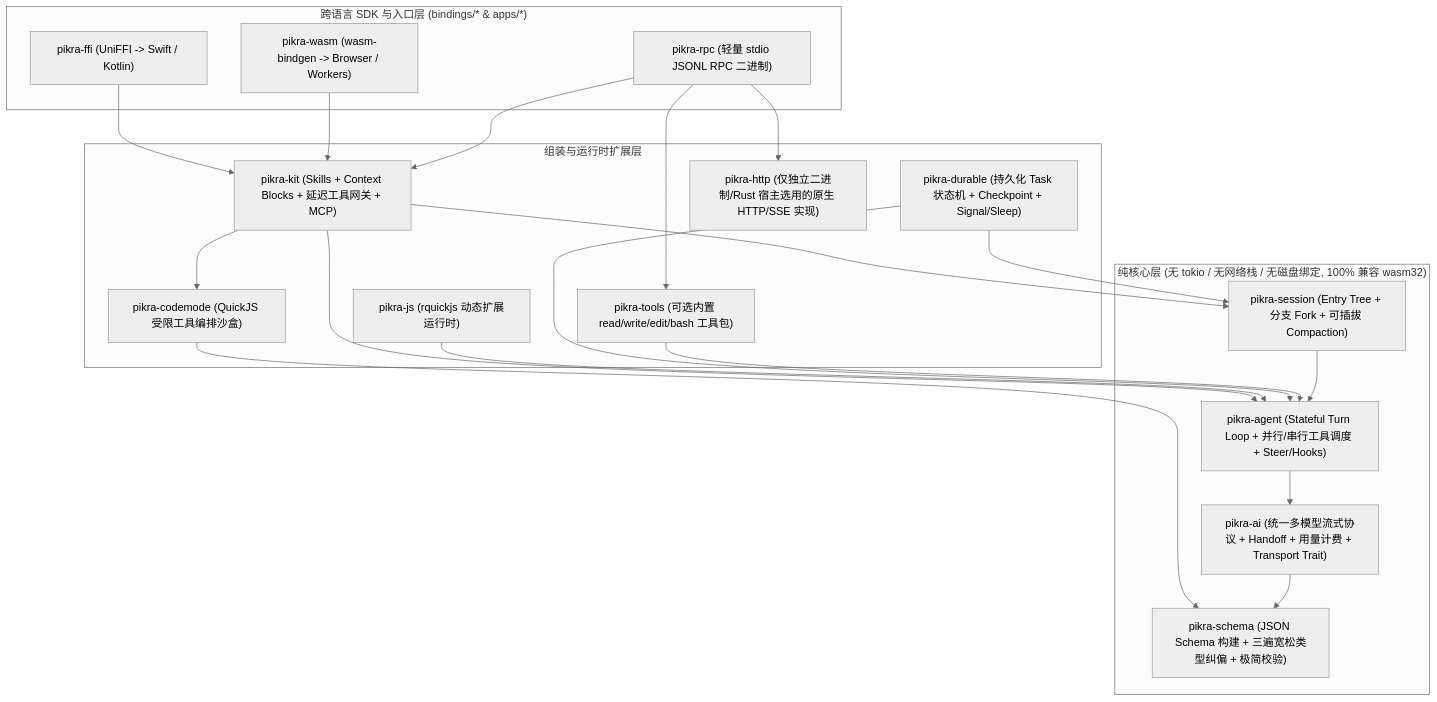
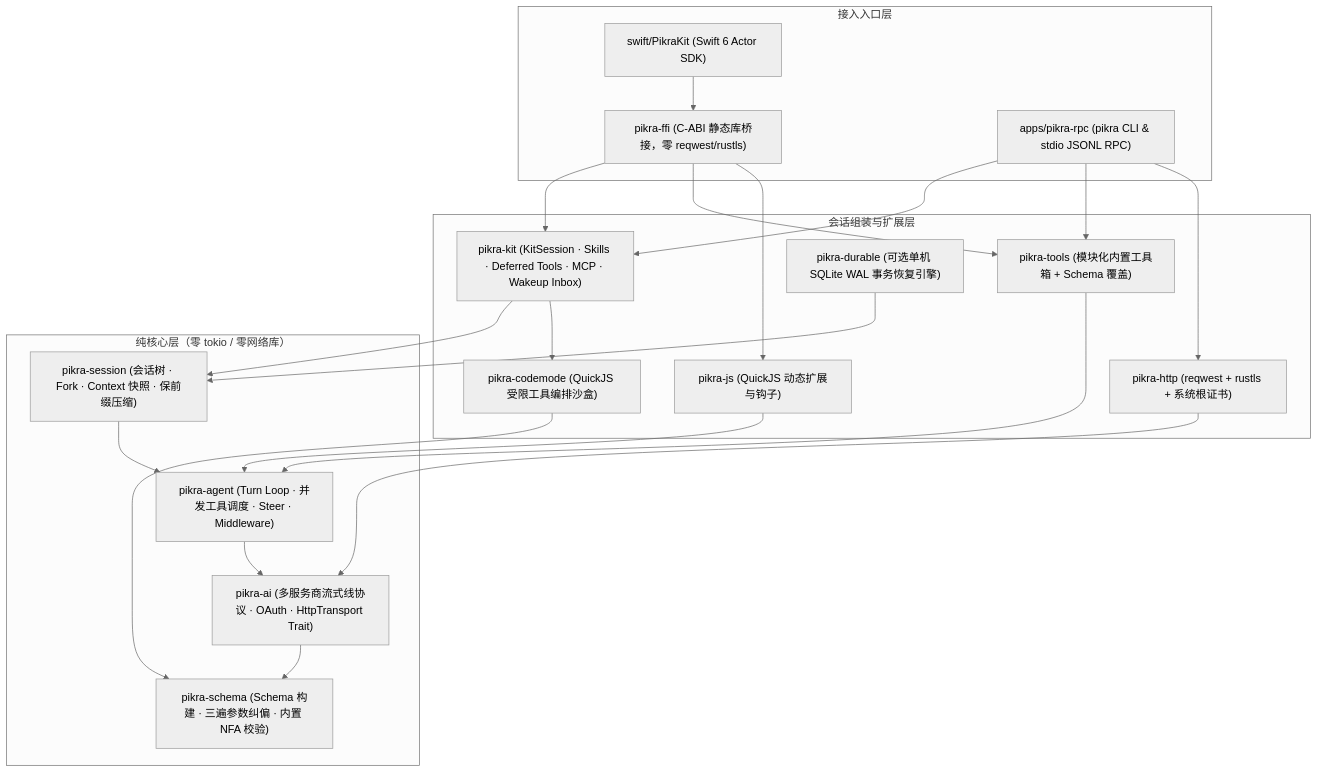
The second of 2 diagrams in docs/architecture.md (what1f/jimu), drawn with Mermaid (neutral theme) before and after one commit. The commit also changed other lines of this file and 5 other files, not shown here.

Commit message:
docs: add repository maintenance rules, architecture invariants, and Rust/Swift/RPC usage guides

````diff
--- a/docs/architecture.md
+++ b/docs/architecture.md
@@ -21,43 +43,44 @@
 ```mermaid
 flowchart TD
-    subgraph Bindings["跨语言 SDK 与入口层 (bindings/* & apps/*)"]
-        FFI["pikra-ffi (UniFFI -> Swift / Kotlin)"]
-        Wasm["pikra-wasm (wasm-bindgen -> Browser / Workers)"]
-        CLI["pikra-rpc (轻量 stdio JSONL RPC 二进制)"]
+    subgraph Entry["接入入口层"]
+        Swift["swift/PikraKit (Swift 6 Actor SDK)"]
+        FFI["pikra-ffi (C-ABI 静态库桥接，零 reqwest/rustls)"]
+        RPC["apps/pikra-rpc (pikra CLI & stdio JSONL RPC)"]
     end
 
-    subgraph Upper["组装与运行时扩展层"]
-        Kit["pikra-kit (Skills + Context Blocks + 延迟工具网关 + MCP)"]
-        Durable["pikra-durable (持久化 Task 状态机 + Checkpoint + Signal/Sleep)"]
-        JS["pikra-js (rquickjs 动态扩展运行时)"]
+    subgraph Runtime["会话组装与扩展层"]
+        Kit["pikra-kit (KitSession · Skills · Deferred Tools · MCP · Wakeup Inbox)"]
+        Tools["pikra-tools (模块化内置工具箱 + Schema 覆盖)"]
+        Durable["pikra-durable (可选单机 SQLite WAL 事务恢复引擎)"]
+        JS["pikra-js (QuickJS 动态扩展与钩子)"]
         CodeMode["pikra-codemode (QuickJS 受限工具编排沙盒)"]
-        HTTP["pikra-http (仅独立二进制/Rust 宿主选用的原生 HTTP/SSE 实现)"]
-        Tools["pikra-tools (可选内置 read/write/edit/bash 工具包)"]
+        HTTP["pikra-http (reqwest + rustls + 系统根证书)"]
     end
 
-    subgraph Core["纯核心层 (无 tokio / 无网络栈 / 无磁盘绑定, 100% 兼容 wasm32)"]
-        Session["pikra-session (Entry Tree + 分支 Fork + 可插拔 Compaction)"]
-        Agent["pikra-agent (Stateful Turn Loop + 并行/串行工具调度 + Steer/Hooks)"]
-        AI["pikra-ai (统一多模型流式协议 + Handoff + 用量计费 + Transport Trait)"]
-        Schema["pikra-schema (JSON Schema 构建 + 三遍宽松类型纠偏 + 极简校验)"]
+    subgraph Core["纯核心层（零 tokio / 零网络库）"]
+        Session["pikra-session (会话树 · Fork · Context 快照 · 保前缀压缩)"]
+        Agent["pikra-agent (Turn Loop · 并发工具调度 · Steer · Middleware)"]
+        AI["pikra-ai (多服务商流式线协议 · OAuth · HttpTransport Trait)"]
+        Schema["pikra-schema (Schema 构建 · 三遍参数纠偏 · 内置 NFA 校验)"]
     end
 
+    Swift --> FFI
     FFI --> Kit
-    Wasm --> Kit
-    CLI --> Kit
-    CLI --> HTTP
-    CLI --> Tools
+    FFI --> Tools
+    FFI --> JS
+    RPC --> Kit
+    RPC --> Tools
+    RPC --> HTTP
 
     Kit --> Session
-    Kit --> Agent
     Kit --> CodeMode
+    Durable --> Session
     JS --> Agent
+    Tools --> Agent
     CodeMode --> Schema
-    Durable --> Agent
-    Durable --> Session
-    Tools --> Agent
+    HTTP --> AI
 
     Session --> Agent
     Agent --> AI
     AI --> Schema
 ```
````
